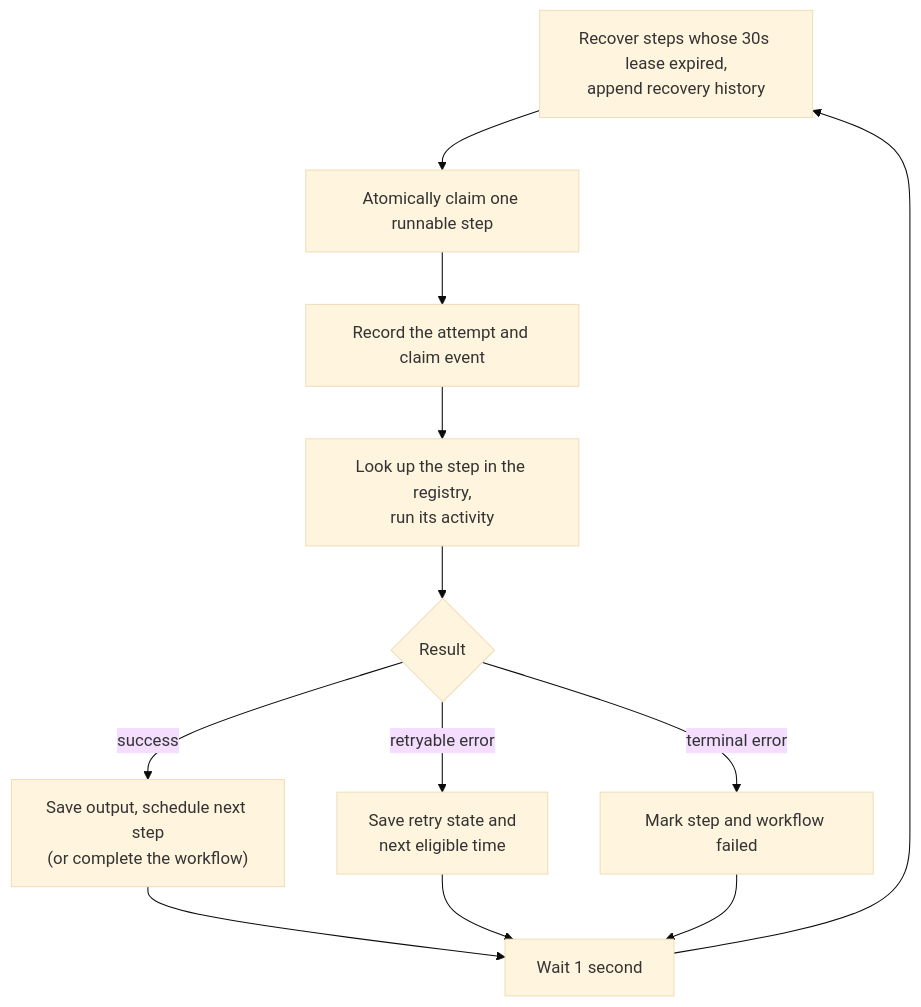
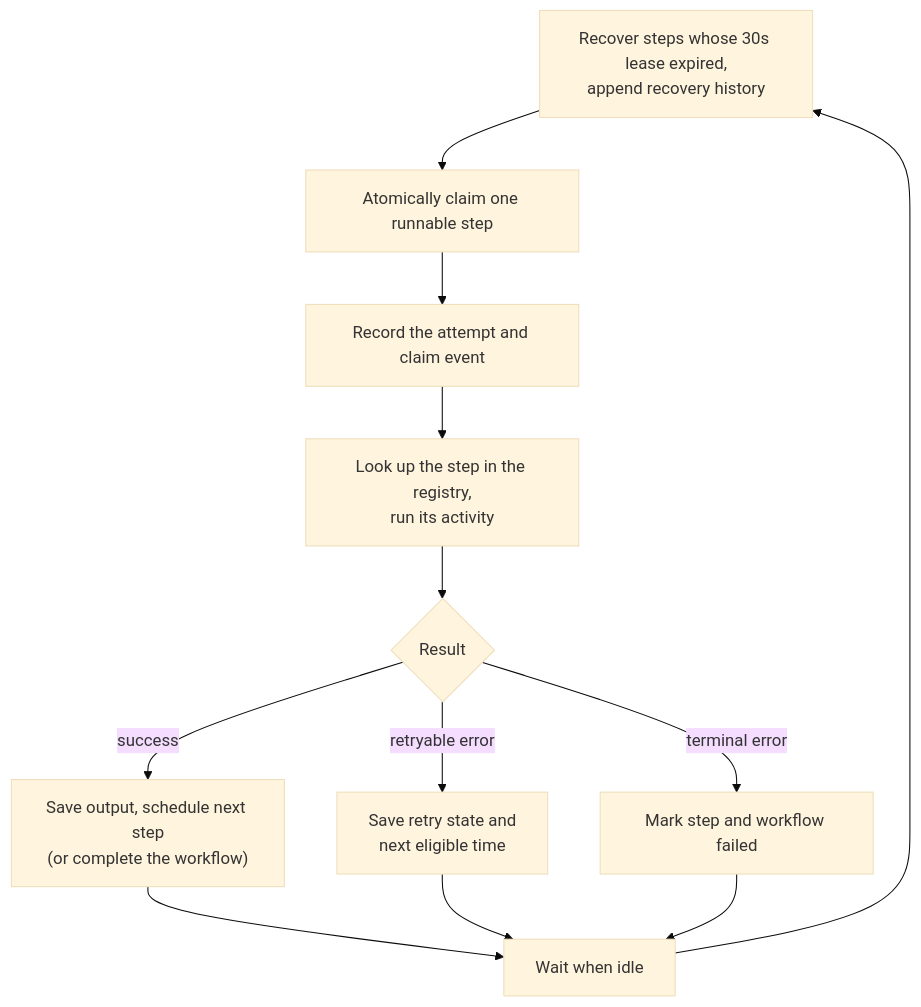
Before and after one commit to neural-agi/flowforge: the second of 2 diagrams in docs/architecture.md, drawn with Mermaid (base theme). The commit also changed other lines of this file and 2 other files, not shown here.

Commit message:
docs: clarify worker polling and retry policy

````diff
--- a/docs/architecture.md
+++ b/docs/architecture.md
@@ -57,14 +57,14 @@
 ```mermaid
 flowchart TD
     A["Recover steps whose 30s lease expired,<br/>append recovery history"] --> B["Atomically claim one runnable step"]
     B --> C["Record the attempt and claim event"]
     C --> D["Look up the step in the registry,<br/>run its activity"]
     D --> E{"Result"}
     E -->|success| F["Save output, schedule next step<br/>(or complete the workflow)"]
     E -->|retryable error| G["Save retry state and<br/>next eligible time"]
     E -->|terminal error| H["Mark step and workflow failed"]
-    F --> I["Wait 1 second"]
+    F --> I["Wait when idle"]
     G --> I
     H --> I
     I --> A
 ```
````
